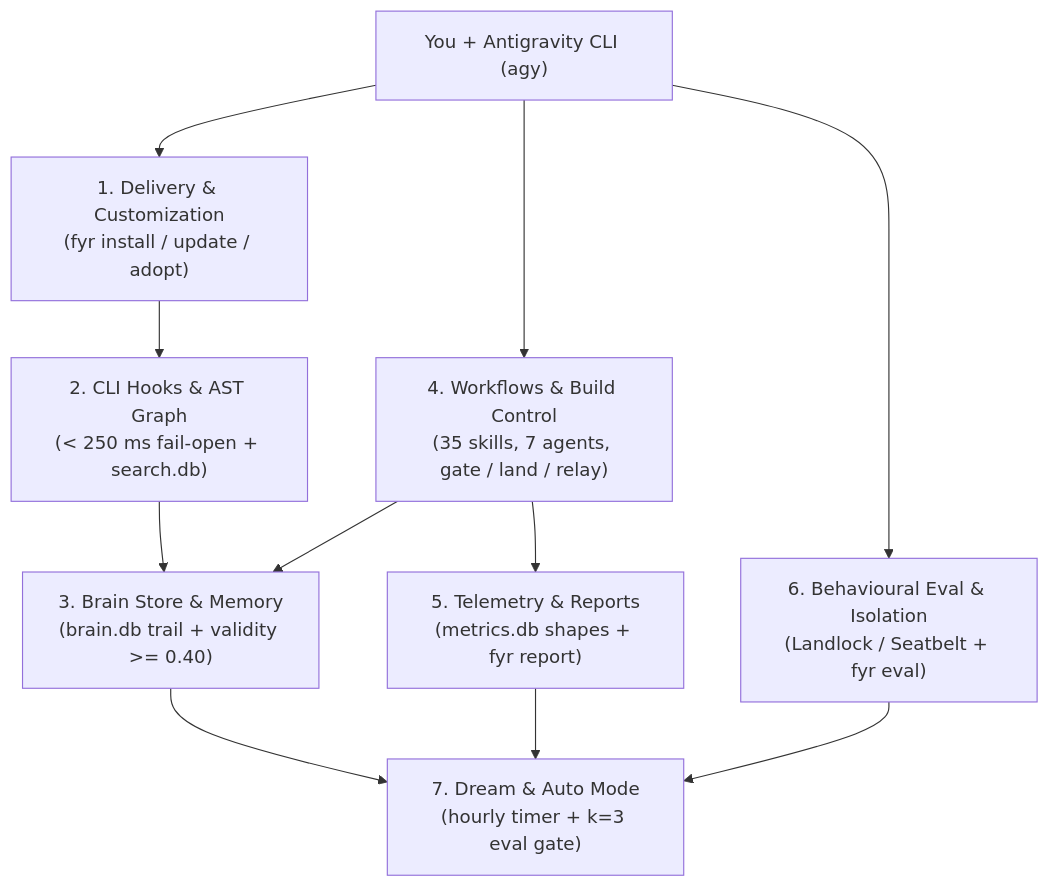
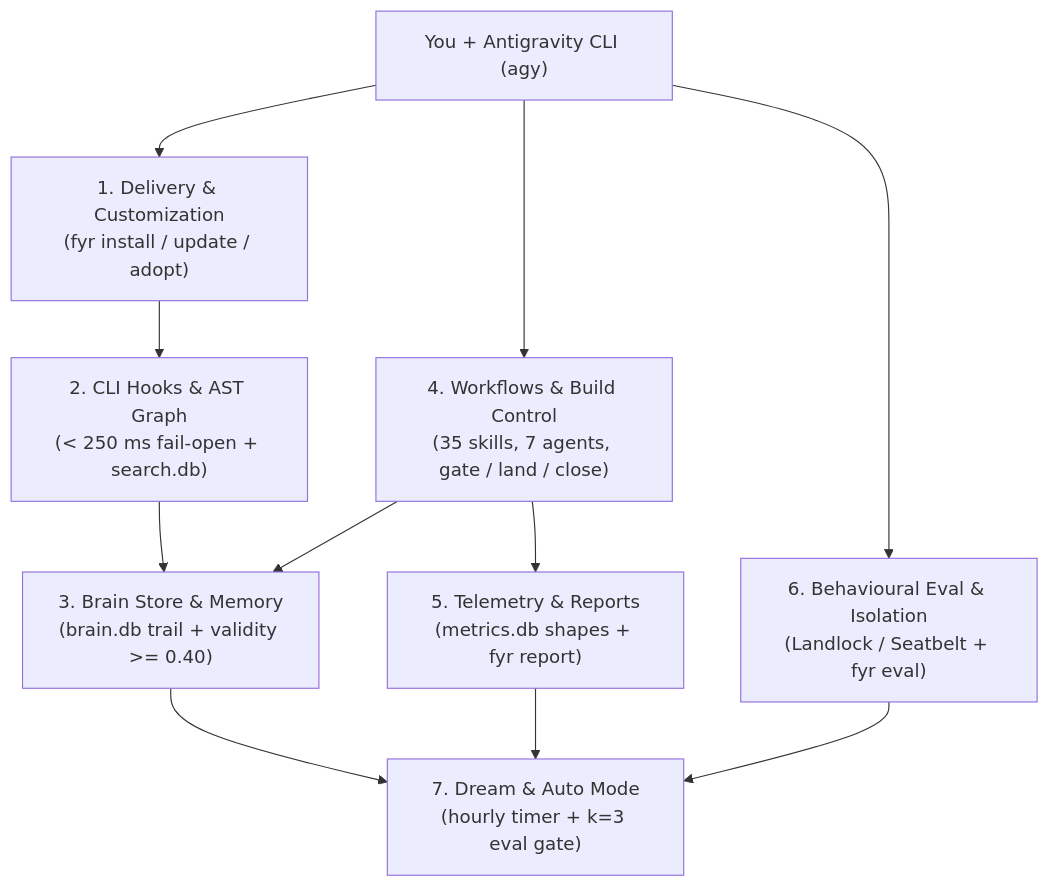
One commit to kesokaj/fyr changed the first of 4 diagrams in README.md. Above: the diagram before and after it, drawn with Mermaid. The commit also changed other lines of this file and 38 other files, not shown here.

Commit message:
squash: land work/p1-retire-relay

````diff
--- a/README.md
+++ b/README.md
@@ -21,13 +21,13 @@
 ```mermaid
 flowchart TB
     devEnv["You + Antigravity CLI (agy)"] --> delivery["1. Delivery & Customization\n(fyr install / update / adopt)"]
     delivery --> hooks["2. CLI Hooks & AST Graph\n(< 250 ms fail-open + search.db)"]
     hooks --> brain["3. Brain Store & Memory\n(brain.db trail + validity >= 0.40)"]
-    devEnv --> workflows["4. Workflows & Build Control\n(35 skills, 7 agents, gate / land / relay)"]
+    devEnv --> workflows["4. Workflows & Build Control\n(35 skills, 7 agents, gate / land / close)"]
     workflows --> brain
     workflows --> metrics["5. Telemetry & Reports\n(metrics.db shapes + fyr report)"]
     devEnv --> evalIso["6. Behavioural Eval & Isolation\n(Landlock / Seatbelt + fyr eval)"]
     metrics --> dreamAuto["7. Dream & Auto Mode\n(hourly timer + k=3 eval gate)"]
     brain --> dreamAuto
     evalIso --> dreamAuto
 ```
````
